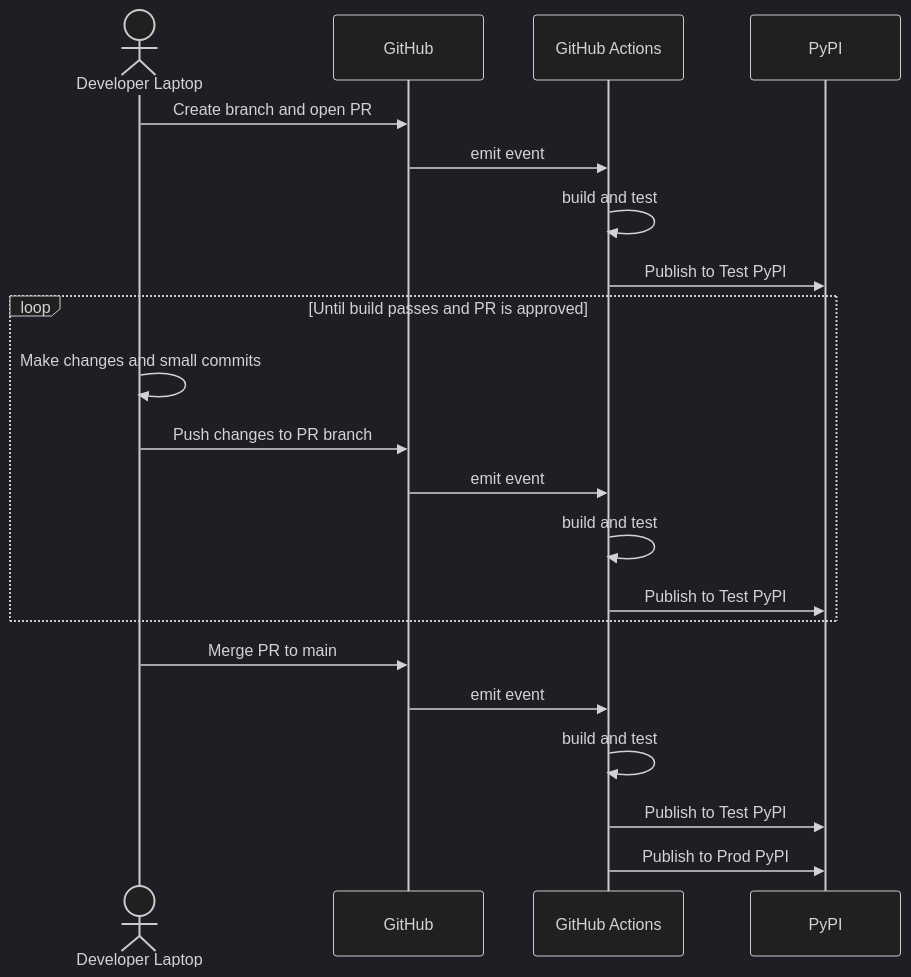
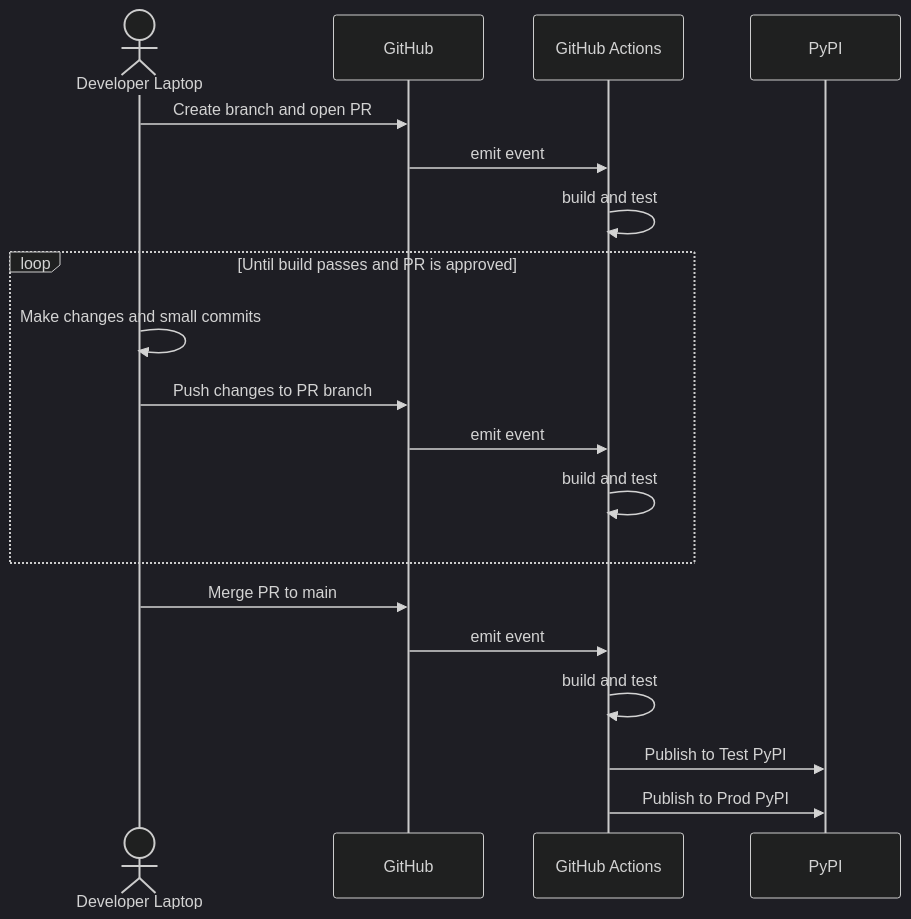
Before and after one commit to phitoduck/packaging-demo: the second of 5 diagrams in GITHUB_ACTIONS.md, drawn with Mermaid (dark theme). The commit also changed 3 other files, not shown here.

````diff
--- a/GITHUB_ACTIONS.md
+++ b/GITHUB_ACTIONS.md
@@ -32,27 +32,25 @@
 ```mermaid
 sequenceDiagram
     actor Developer Laptop
     participant GitHub
     participant GitHub Actions
     participant PyPI
 
     Developer Laptop->>GitHub: Create branch and open PR
     GitHub->>GitHub Actions: emit event
     GitHub Actions->>GitHub Actions: build and test
-    GitHub Actions->>PyPI: Publish to Test PyPI
 
     loop Until build passes and PR is approved
         Developer Laptop->>Developer Laptop: Make changes and small commits
         Developer Laptop->>GitHub: Push changes to PR branch
         GitHub->>GitHub Actions: emit event
         GitHub Actions->>GitHub Actions: build and test
-        GitHub Actions->>PyPI: Publish to Test PyPI
     end
 
     Developer Laptop->>GitHub: Merge PR to main
     GitHub->>GitHub Actions: emit event
     GitHub Actions->>GitHub Actions: build and test
     GitHub Actions->>PyPI: Publish to Test PyPI
     GitHub Actions->>PyPI: Publish to Prod PyPI
 
 ```
````
